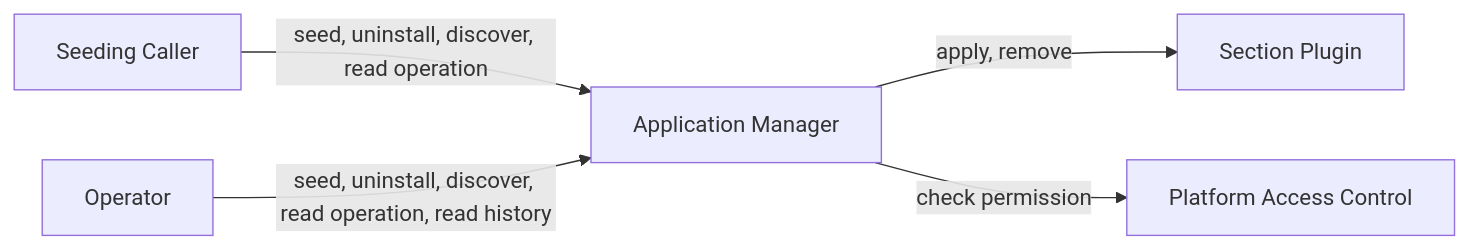
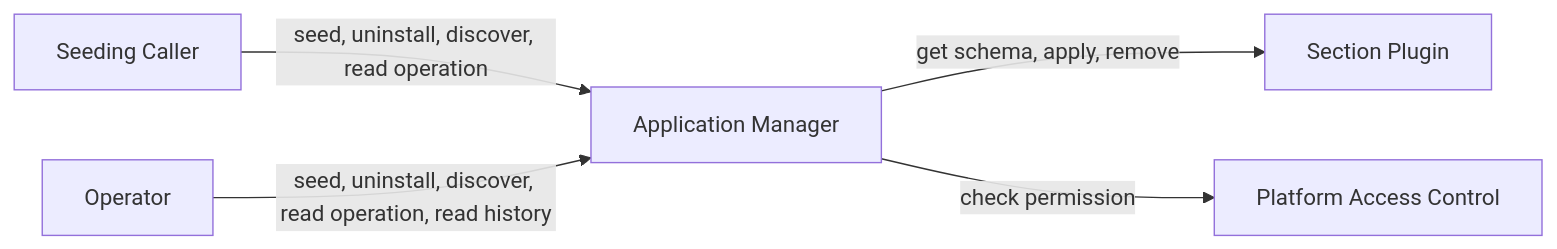
Before and after one commit to constructorfabric/gears-rust: the diagram in gears/system/application-manager/docs/PRD.md, drawn with Mermaid. The commit also changed other lines of this file and 5 other files, not shown here.

````diff
--- a/gears/system/application-manager/docs/PRD.md
+++ b/gears/system/application-manager/docs/PRD.md
@@ -170,7 +171,7 @@
 ```mermaid
 flowchart LR
     SC["Seeding Caller"] -->|"seed, uninstall, discover, read operation"| AM["Application Manager"]
     OP["Operator"] -->|"seed, uninstall, discover, read operation, read history"| AM
-    AM -->|"apply, remove"| SP["Section Plugin"]
+    AM -->|"get schema, apply, remove"| SP["Section Plugin"]
     AM -->|"check permission"| PAC["Platform Access Control"]
 ```
````
